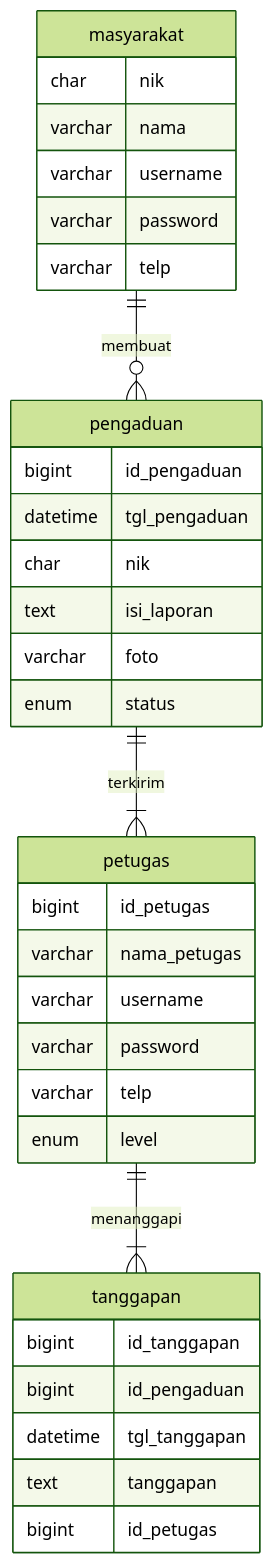
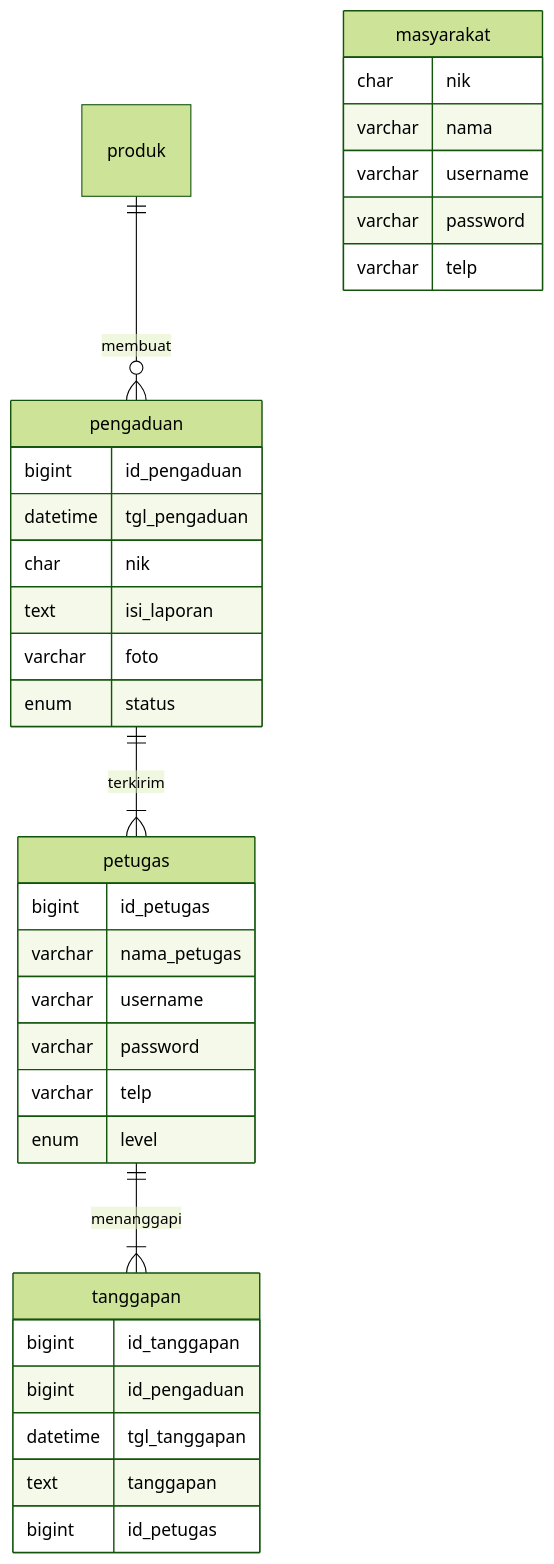
The diagram in job_interview.md (BaidhowiAlHuseiniHakiki/BaidhowiAlHuseiniHakiki), drawn with Mermaid (forest theme) before and after one commit.

````diff
--- a/job_interview.md
+++ b/job_interview.md
@@ -29,36 +29,36 @@
 ```mermaid
 erDiagram
-    masyarakat ||--o{ pengaduan : membuat
+    produk ||--o{ pengaduan : membuat
     masyarakat {
         char nik
         varchar nama
         varchar username
         varchar password
         varchar telp
     }
     pengaduan ||--|{ petugas : terkirim
     pengaduan {
         bigint id_pengaduan
         datetime tgl_pengaduan
         char nik
         text isi_laporan
         varchar foto
         enum status
     }
     petugas ||--|{ tanggapan : menanggapi
     petugas {
         bigint id_petugas
         varchar nama_petugas
         varchar username
         varchar password
         varchar telp
         enum level
     }
     tanggapan {
         bigint id_tanggapan
         bigint id_pengaduan
         datetime tgl_tanggapan
         text tanggapan
         bigint id_petugas
 }
 ```
````
